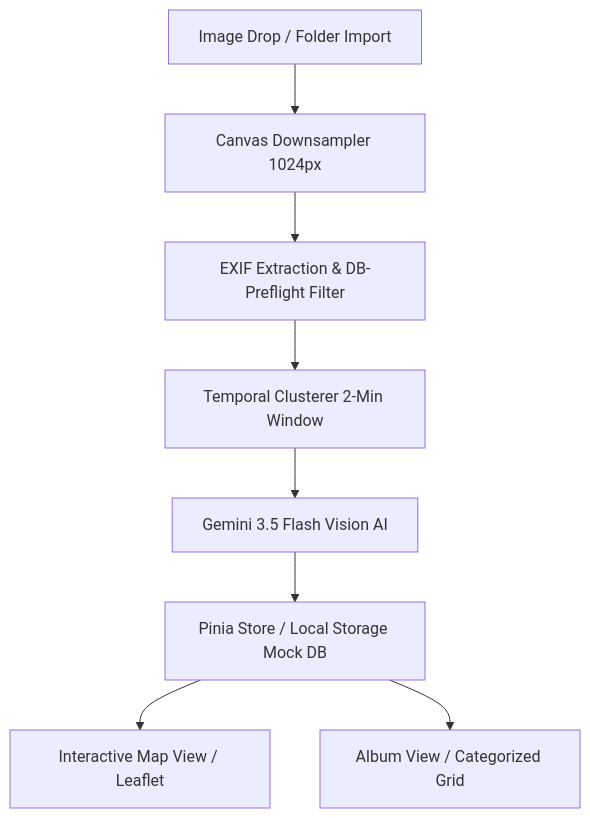
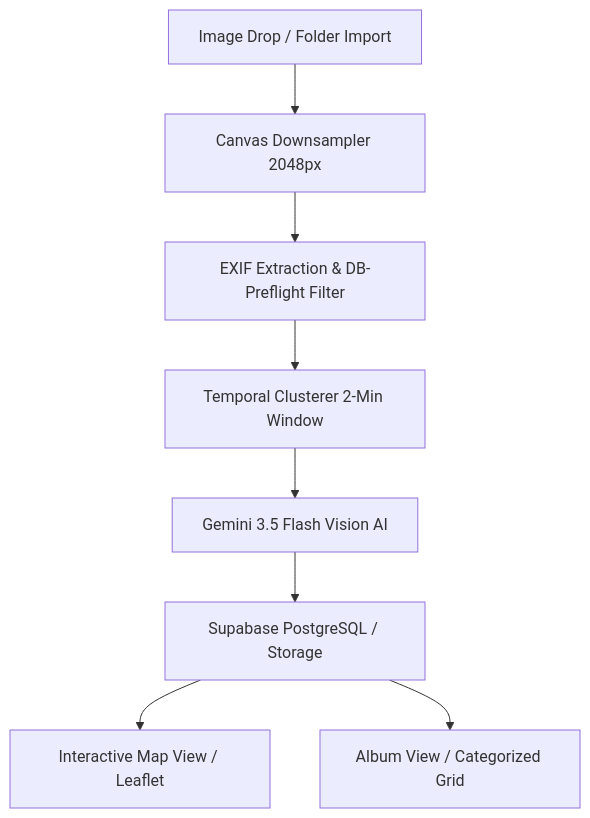
Before and after one commit to md-random/trail-tracker: the diagram in README.md, drawn with Mermaid. The commit also changed other lines of this file, not shown here.

````diff
--- a/README.md
+++ b/README.md
@@ -11,10 +11,10 @@
 ```mermaid
 graph TD
-    A[Image Drop / Folder Import] --> B[Canvas Downsampler 1024px]
+    A[Image Drop / Folder Import] --> B[Canvas Downsampler 2048px]
     B --> C[EXIF Extraction & DB-Preflight Filter]
     C --> D[Temporal Clusterer 2-Min Window]
     D --> E[Gemini 3.5 Flash Vision AI]
-    E --> F[Pinia Store / Local Storage Mock DB]
+    E --> F[Supabase PostgreSQL / Storage]
     F --> G[Interactive Map View / Leaflet]
     F --> H[Album View / Categorized Grid]
 ```
````
